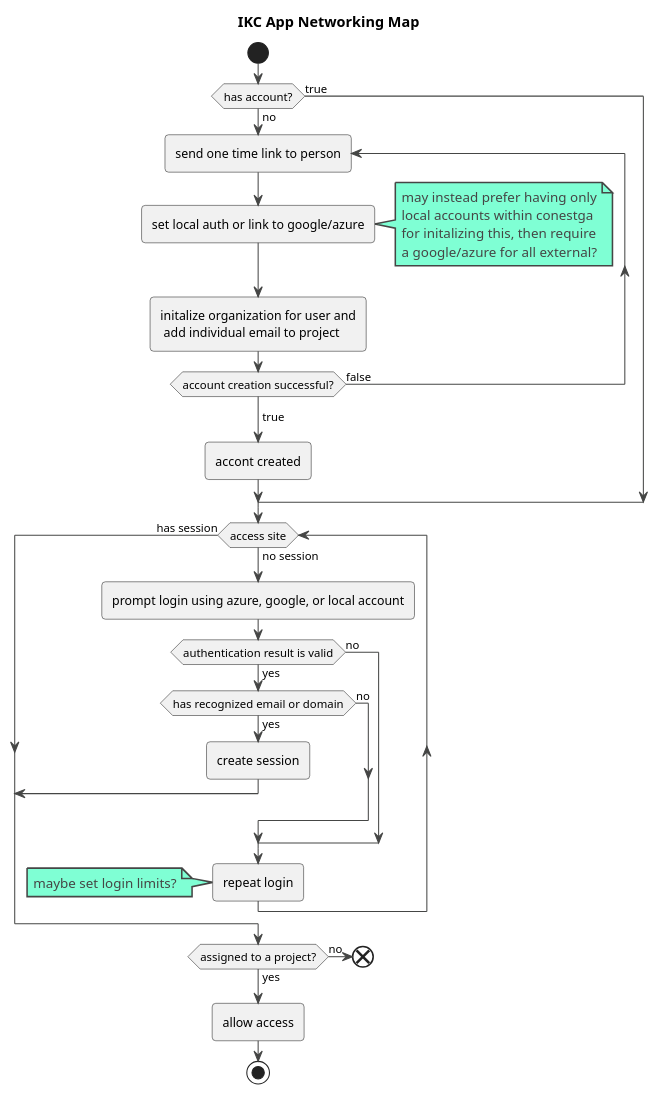
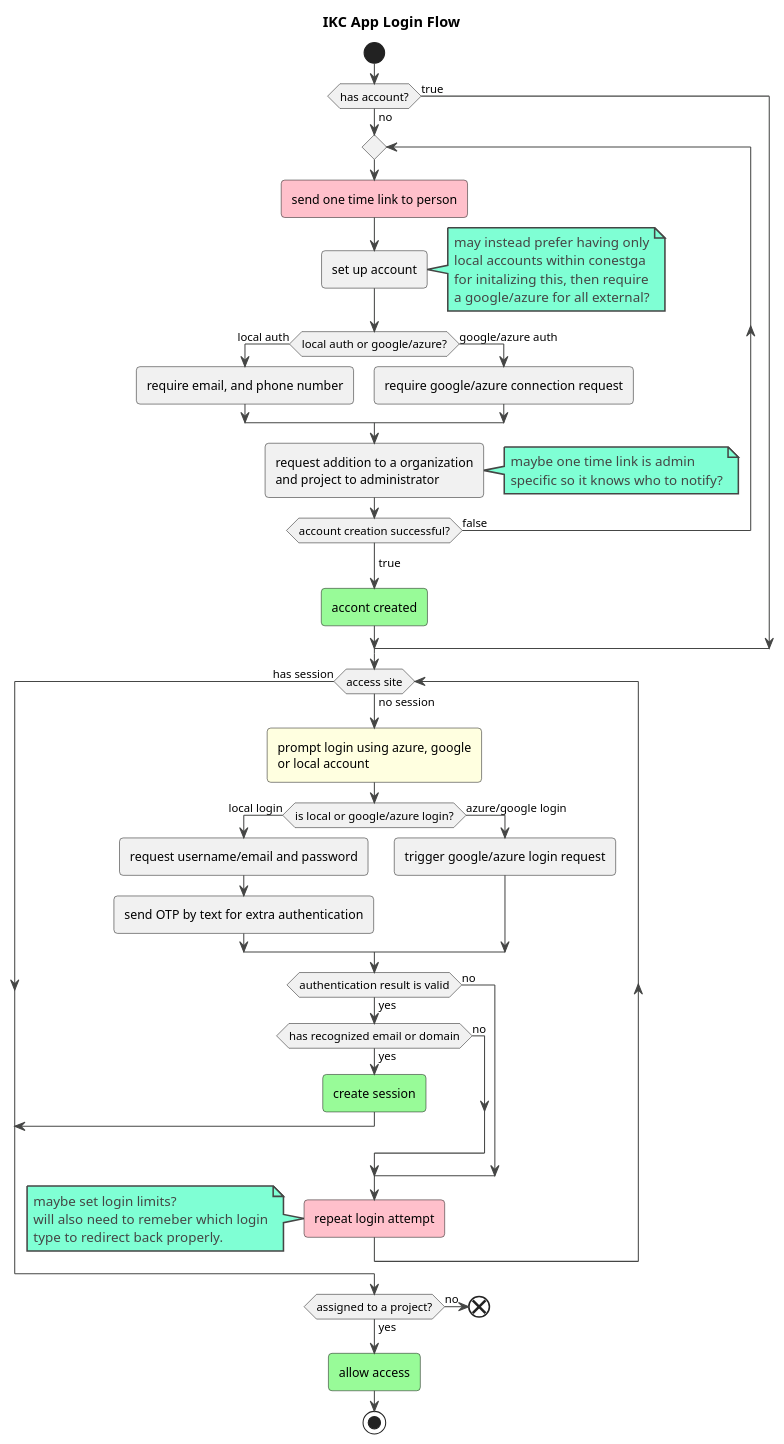
Before and after one commit to IKC-Reporting/IKC_Docs: the diagram in PlantUML_Diagrams/loginFlow.puml, drawn with PlantUML. The commit also changed 5 other files, not shown here.

Commit message:
docs(PlantUML_Diagrams): fixed some styling on old docs, added new one for workflow order to help with development

```diff
--- a/PlantUML_Diagrams/loginFlow.puml
+++ b/PlantUML_Diagrams/loginFlow.puml
@@ -1,52 +1,73 @@
-@startuml IKC Login Flow
-title IKC App Networking Map
+@startuml IKC App Login Flow
+title IKC App Login Flow
 !theme vibrant
 skinparam linetype polyline
 skinparam ConditionEndStyle hline
 
 start
 if(has account?) then (no)
-    repeat :send one time link to person;
-        :set local auth or link to google/azure;
+    repeat 
+        #pink:send one time link to person;
+        :set up account;
         
         note right
             may instead prefer having only
             local accounts within conestga
             for initalizing this, then require
             a google/azure for all external?
         end note
-        :initalize organization for user and
-         add individual email to project;
+
+        if(local auth or google/azure?) then (local auth)
+            :require email, and phone number;
+        else (google/azure auth)
+            :require google/azure connection request;
+        endif
+        :request addition to a organization
+        and project to administrator;
+        note right
+            maybe one time link is admin
+            specific so it knows who to notify?
+        end note
+
         repeat while (account creation successful?) is (false)
         ->true;
-        :accont created;
+        #paleGreen:accont created;
     else (true)
     
     endif
 label login
 while (access site) is (no session)
-    :prompt login using azure, google, or local account;
+    #lightYellow:prompt login using azure, google
+    or local account;
+    if(is local or google/azure login?) then (local login)
+        :request username/email and password;
+        :send OTP by text for extra authentication;
+    else (azure/google login)
+        :trigger google/azure login request;
+    endif
 
     if (authentication result is valid) then (no)
     else (yes)
         if (has recognized email or domain) then (no)
         else (yes)
-        :create session;
+        #paleGreen:create session;
         break
 
         endif
     endif
-    :repeat login;
+    #pink:repeat login attempt;
     note left
         maybe set login limits?
+        will also need to remeber which login
+        type to redirect back properly.
     end note
 endwhile (has session)
 
 if(assigned to a project?)then (yes)
 else (no)
     end
 endif
-:allow access;
+#paleGreen:allow access;
 
 stop
 @enduml
```
